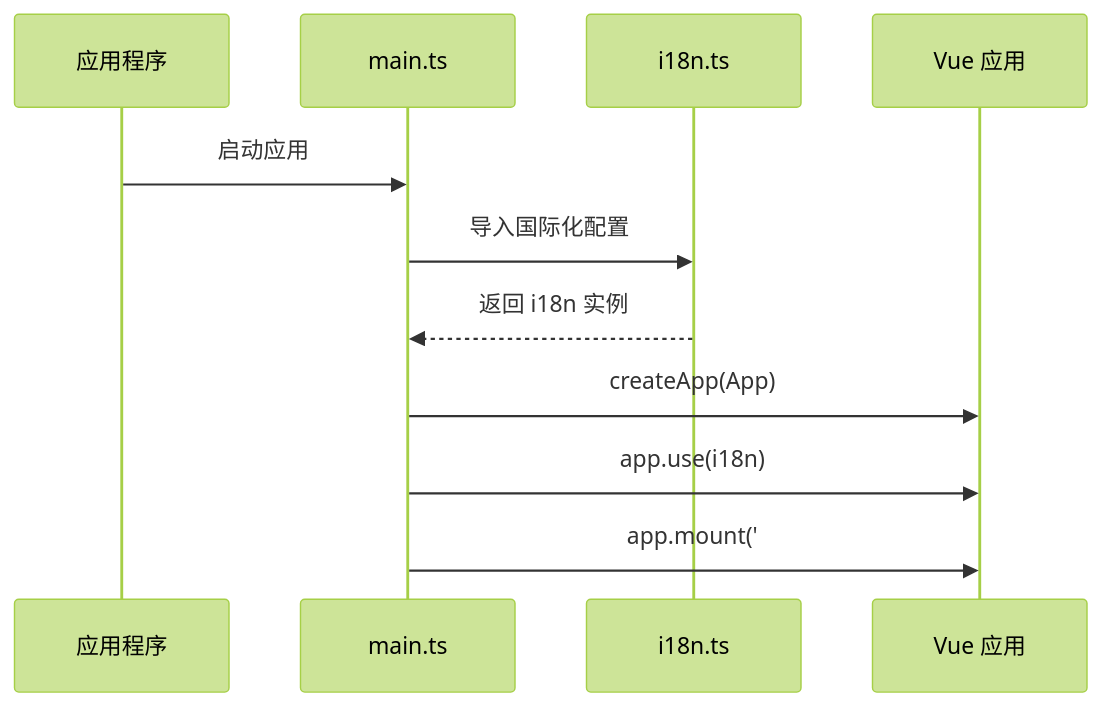
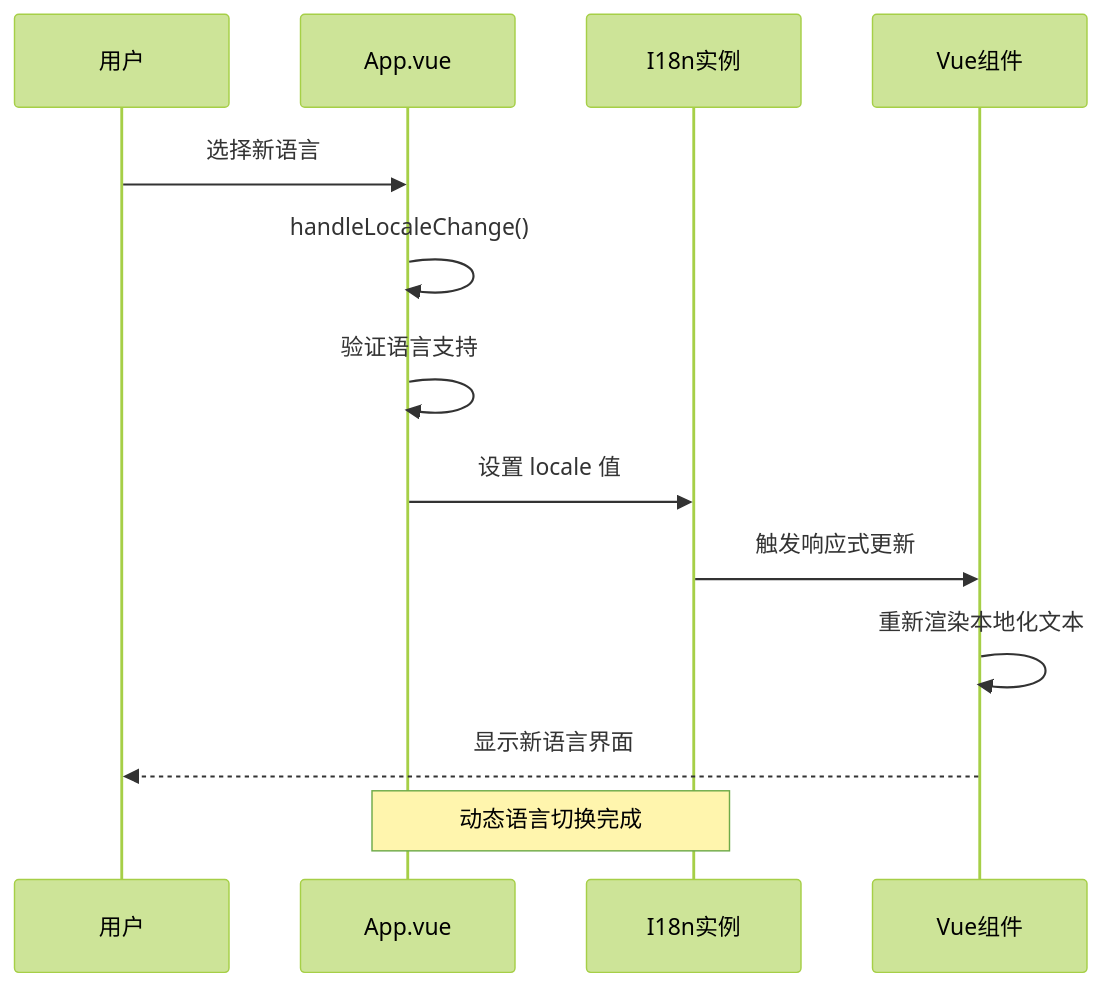
The fourth of 6 diagrams in .qoder/repowiki/zh/content/桌面端应用/前端界面系统/国际化系统.md (itsharex/NexTunnel), drawn with Mermaid (forest theme) before and after one commit. The commit also changed other lines of this file and 48 other files, not shown here.

````diff
--- a/.qoder/repowiki/zh/content/桌面端应用/前端界面系统/国际化系统.md
+++ b/.qoder/repowiki/zh/content/桌面端应用/前端界面系统/国际化系统.md
@@ -198,13 +155,15 @@
 ```mermaid
 sequenceDiagram
-participant App as 应用程序
-participant Main as main.ts
-participant I18n as i18n.ts
-participant Vue as Vue 应用
-App->>Main : 启动应用
-Main->>I18n : 导入国际化配置
-I18n-->>Main : 返回 i18n 实例
-Main->>Vue : createApp(App)
-Main->>Vue : app.use(i18n)
-Main->>Vue : app.mount('#app')
+participant U as 用户
+participant C as App.vue
+participant I as I18n实例
+participant V as Vue组件
+U->>C : 选择新语言
+C->>C : handleLocaleChange()
+C->>C : 验证语言支持
+C->>I : 设置 locale 值
+I->>V : 触发响应式更新
+V->>V : 重新渲染本地化文本
+V-->>U : 显示新语言界面
+Note over C,I : 动态语言切换完成
 ```
````
